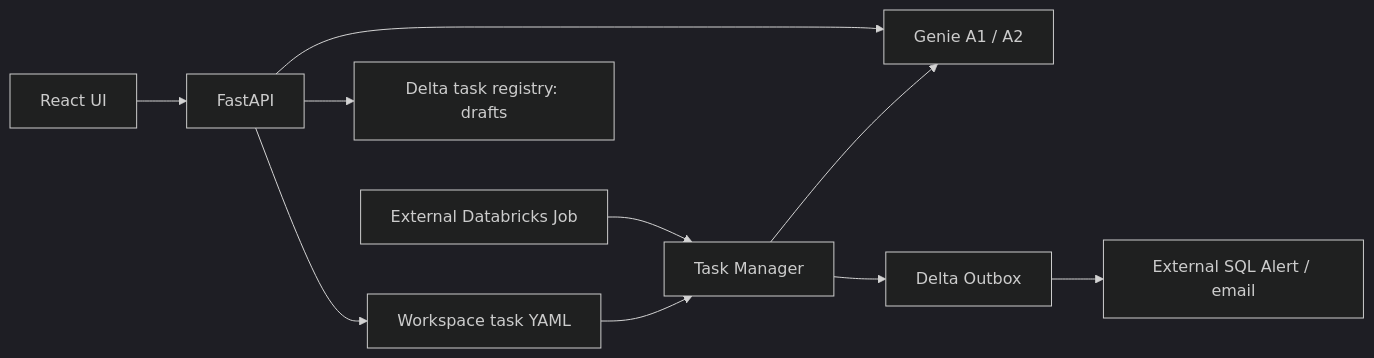
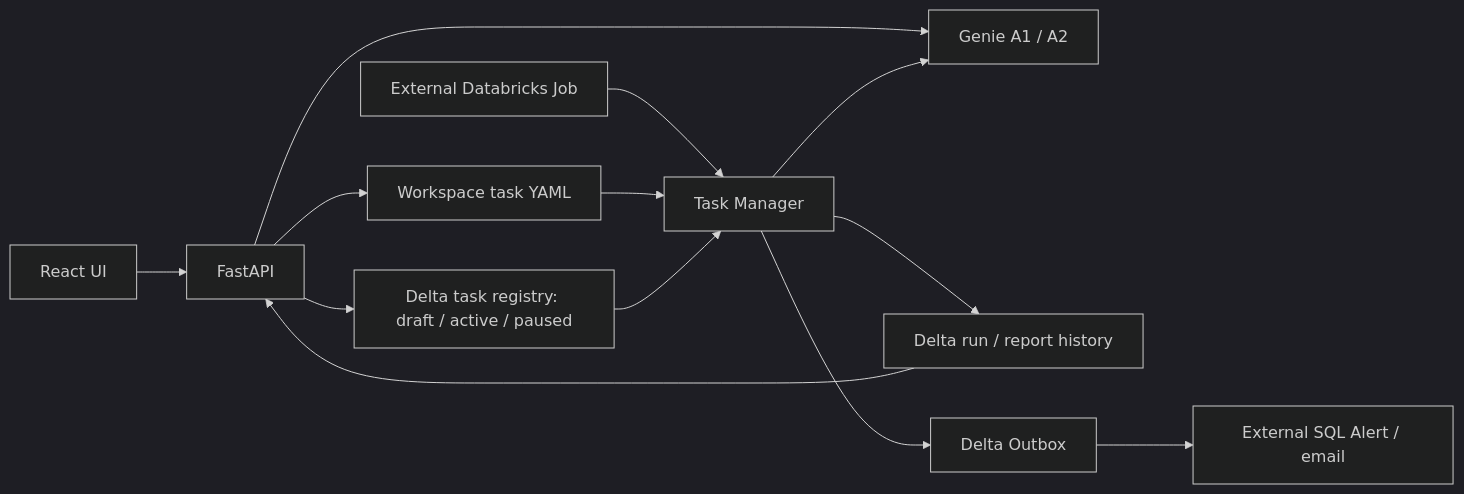
One commit to lithoma/business-ai-hub changed the diagram in README.md. Above: the diagram before and after it, drawn with Mermaid (dark theme). The commit also changed other lines of this file and 230 other files, not shown here.

````diff
--- a/README.md
+++ b/README.md
@@ -17,12 +53,15 @@
 ```mermaid
 flowchart LR
   UI[React UI] --> API[FastAPI]
   API --> Genie[Genie A1 / A2]
   API --> YAML[Workspace task YAML]
-  API --> Registry[Delta task registry: drafts]
+  API --> Registry[Delta task registry: draft / active / paused]
   Job[External Databricks Job] --> Engine[Task Manager]
   YAML --> Engine
   Engine --> Genie
+  Registry --> Engine
+  Engine --> History[Delta run / report history]
+  History --> API
   Engine --> Outbox[Delta Outbox]
   Outbox --> Alert[External SQL Alert / email]
 ```
````
